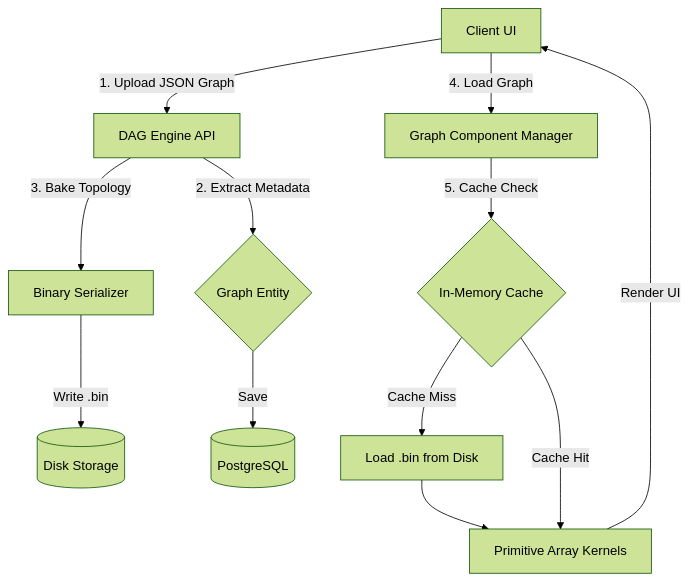
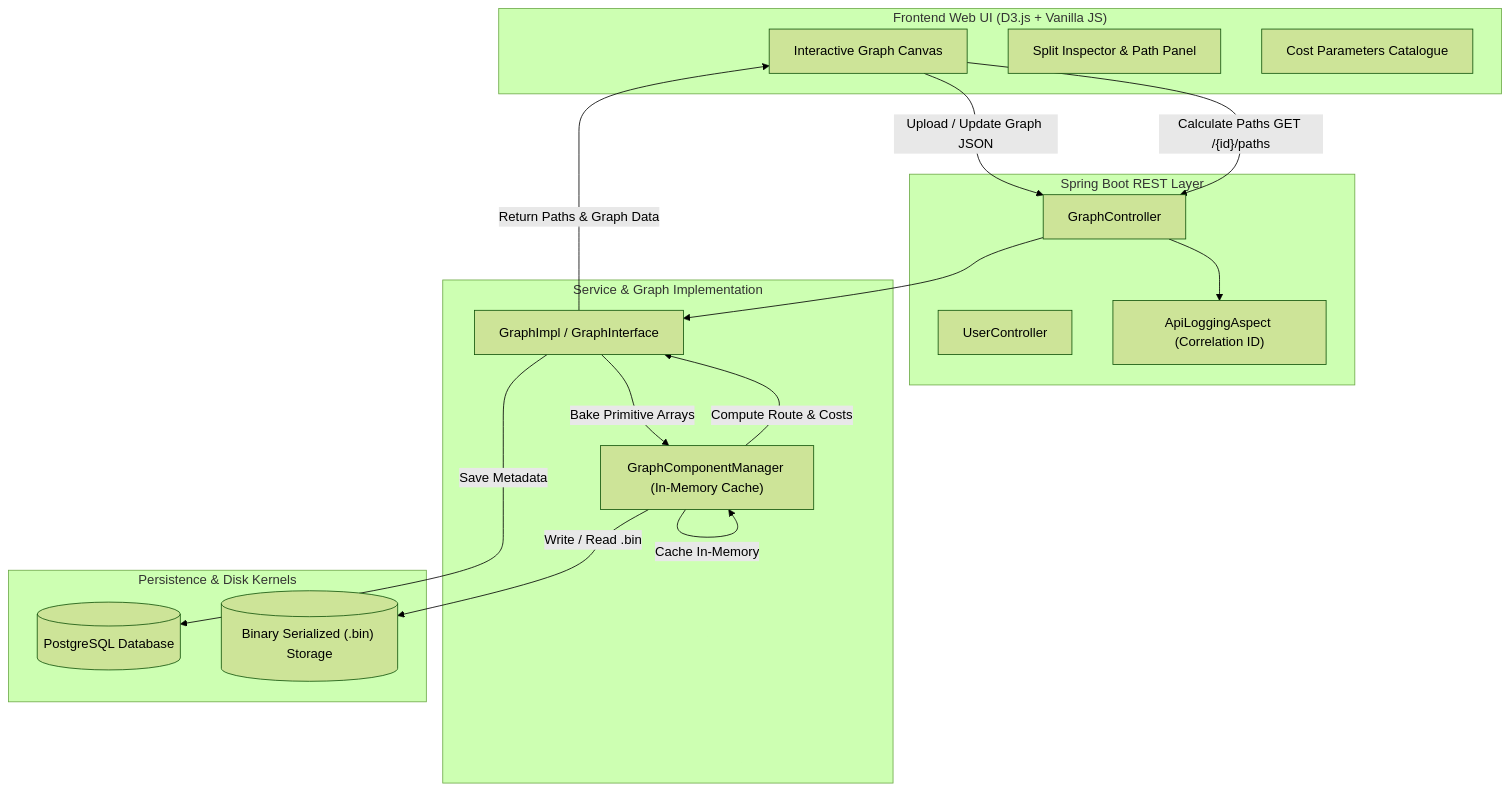
The first of 2 diagrams in README.md (adityakumar565/Project-Nexus), drawn with Mermaid (forest theme) before and after one commit. The commit also changed other lines of this file and 22 other files, not shown here.

Commit message:
Graph rendering logic update

````diff
--- a/README.md
+++ b/README.md
@@ -13,15 +62,35 @@
 ```mermaid
 flowchart TD
-    A["Client UI"] -->|"1. Upload JSON Graph"| B["DAG Engine API"]
-    B -->|"2. Extract Metadata"| C{"Graph Entity"}
-    B -->|"3. Bake Topology"| D["Binary Serializer"]
-    D -->|"Write .bin"| E[("Disk Storage")]
-    C -->|"Save"| F[("PostgreSQL")]
+    subgraph Frontend["Frontend Web UI (D3.js + Vanilla JS)"]
+        UI["Interactive Graph Canvas"]
+        Inspect["Split Inspector & Path Panel"]
+        CostCat["Cost Parameters Catalogue"]
+    end
 
-    A -->|"4. Load Graph"| G["Graph Component Manager"]
-    G -->|"5. Cache Check"| H{"In-Memory Cache"}
-    H -->|"Cache Miss"| I["Load .bin from Disk"]
-    I --> J["Primitive Array Kernels"]
-    H -->|"Cache Hit"| J
-    J -->|"Render UI"| A
+    subgraph Controller["Spring Boot REST Layer"]
+        GC["GraphController"]
+        UC["UserController"]
+        Aspect["ApiLoggingAspect (Correlation ID)"]
+    end
+
+    subgraph ServiceLayer["Service & Graph Implementation"]
+        GI["GraphImpl / GraphInterface"]
+        GCM["GraphComponentManager (In-Memory Cache)"]
+    end
+
+    subgraph StorageLayer["Persistence & Disk Kernels"]
+        PG[("PostgreSQL Database")]
+        BIN[("Binary Serialized (.bin) Storage")]
+    end
+
+    UI -->|"Upload / Update Graph JSON"| GC
+    UI -->|"Calculate Paths GET /{id}/paths"| GC
+    GC --> Aspect
+    GC --> GI
+    GI -->|"Save Metadata"| PG
+    GI -->|"Bake Primitive Arrays"| GCM
+    GCM -->|"Write / Read .bin"| BIN
+    GCM -->|"Cache In-Memory"| GCM
+    GCM -->|"Compute Route & Costs"| GI
+    GI -->|"Return Paths & Graph Data"| UI
 ```
````
